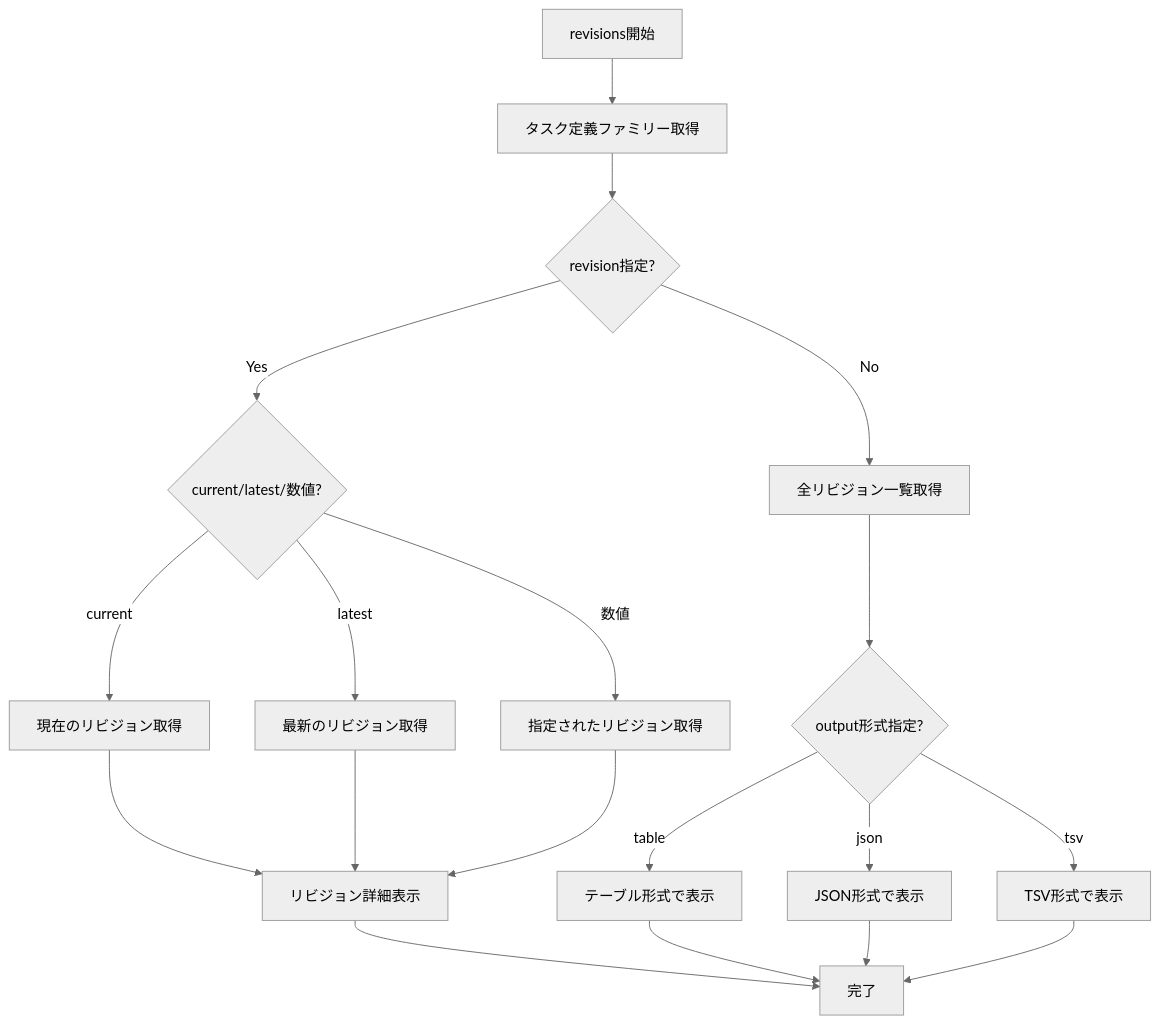
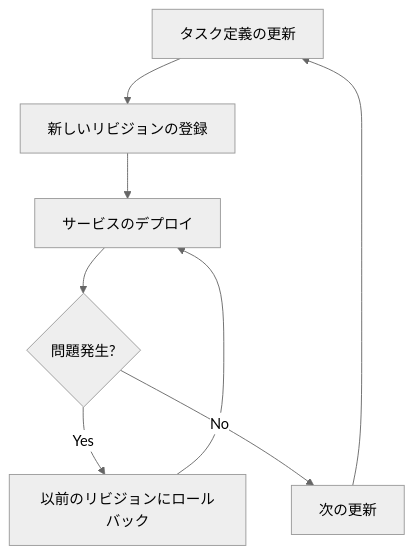
Before and after one commit to bufferings/devin-docs: the diagram in ecspresso/commands/revisions.md, drawn with Mermaid (neutral theme). The commit also changed other lines of this file and 31 other files, not shown here.

````diff
--- a/ecspresso/commands/revisions.md
+++ b/ecspresso/commands/revisions.md
@@ -66,21 +60,10 @@
 ```mermaid
-graph TD
-    A[revisions開始] --> B[タスク定義ファミリー取得]
-    B --> C{revision指定?}
-    C -->|Yes| D{current/latest/数値?}
-    C -->|No| E[全リビジョン一覧取得]
-    D -->|current| F[現在のリビジョン取得]
-    D -->|latest| G[最新のリビジョン取得]
-    D -->|数値| H[指定されたリビジョン取得]
-    F --> I[リビジョン詳細表示]
-    G --> I
-    H --> I
-    E --> J{output形式指定?}
-    J -->|table| K[テーブル形式で表示]
-    J -->|json| L[JSON形式で表示]
-    J -->|tsv| M[TSV形式で表示]
-    I --> N[完了]
-    K --> N
-    L --> N
-    M --> N
+flowchart TD
+    A[タスク定義の更新] --> B[新しいリビジョンの登録]
+    B --> C[サービスのデプロイ]
+    C --> D{問題発生?}
+    D -->|Yes| E[以前のリビジョンにロールバック]
+    D -->|No| F[次の更新]
+    E --> C
+    F --> A
 ```
````
